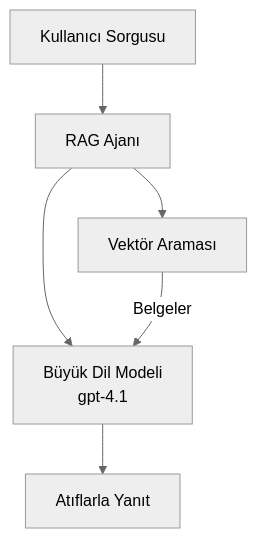
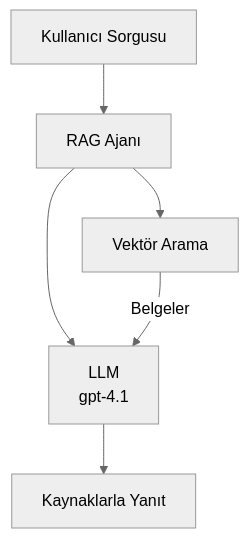
Before and after one commit to microsoft/AZD-for-beginners: the second of 3 diagrams in translations/tr/docs/chapter-02-ai-development/agents.md, drawn with Mermaid (neutral theme). The commit also changed other lines of this file and 104 other files, not shown here.

````diff
--- a/translations/tr/docs/chapter-02-ai-development/agents.md
+++ b/translations/tr/docs/chapter-02-ai-development/agents.md
@@ -175,8 +181,8 @@
 ```mermaid
 graph TD
     Query[Kullanıcı Sorgusu] --> RAG[RAG Ajanı]
-    RAG --> Vector[Vektör Araması]
-    RAG --> LLM[Büyük Dil Modeli<br/>gpt-4.1]
+    RAG --> Vector[Vektör Arama]
+    RAG --> LLM[LLM<br/>gpt-4.1]
     Vector -- Belgeler --> LLM
-    LLM --> Response[Atıflarla Yanıt]
+    LLM --> Response[Kaynaklarla Yanıt]
 ```
````
